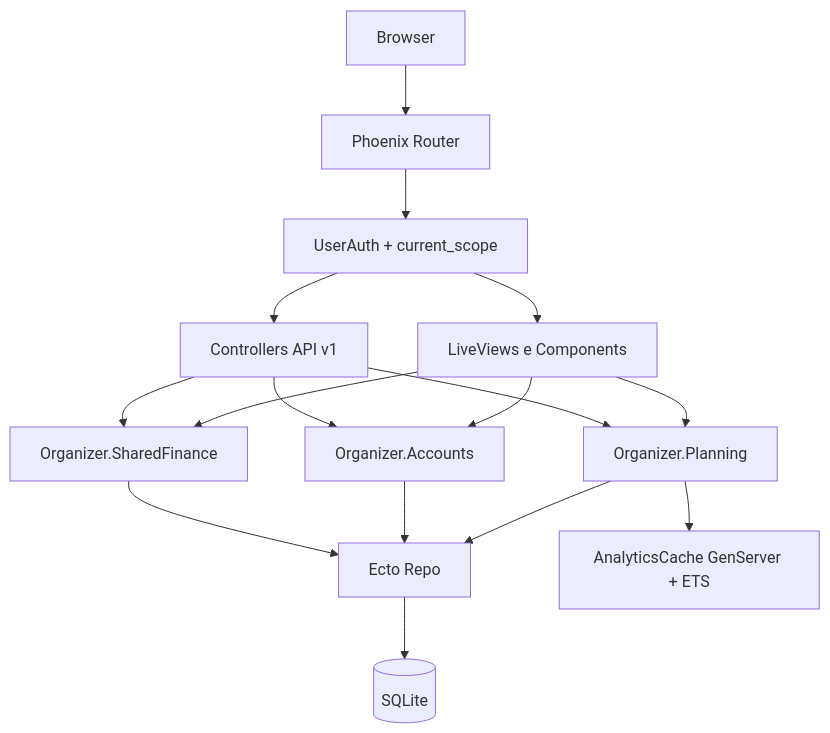
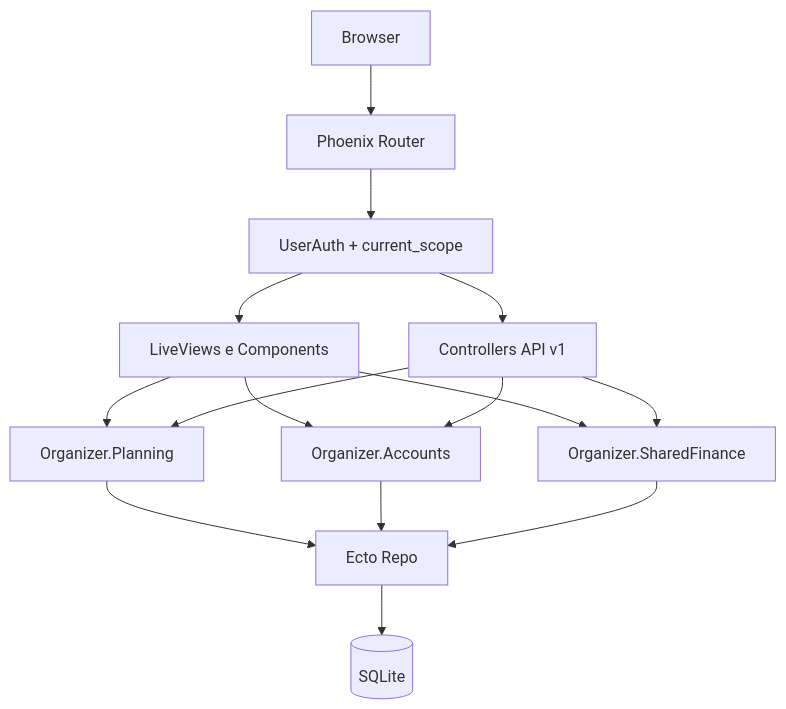
The diagram in docs/architecture.md (Acauhi99/organizer), drawn with Mermaid before and after one commit. The commit also changed other lines of this file and 62 other files, not shown here.

````diff
--- a/docs/architecture.md
+++ b/docs/architecture.md
@@ -14,22 +14,21 @@
 ```mermaid
 flowchart TD
   Browser[Browser] --> Router[Phoenix Router]
   Router --> Auth[UserAuth + current_scope]
   Auth --> Live[LiveViews e Components]
   Auth --> API[Controllers API v1]
 
   Live --> Accounts[Organizer.Accounts]
   Live --> Planning[Organizer.Planning]
   API --> Accounts
   API --> Planning
 
   Live --> SharedFinance[Organizer.SharedFinance]
   API --> SharedFinance
 
   Planning --> Repo[Ecto Repo]
   Accounts --> Repo
   SharedFinance --> Repo
   Repo --> DB[(SQLite)]
 
-  Planning --> AnalyticsCache[AnalyticsCache GenServer + ETS]
 ```
````
